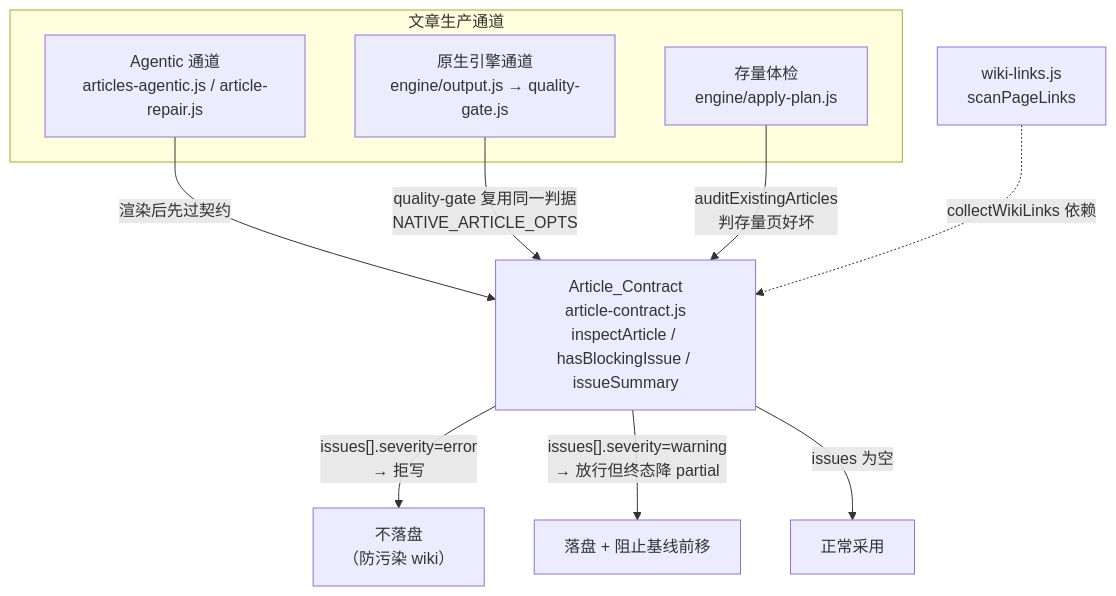
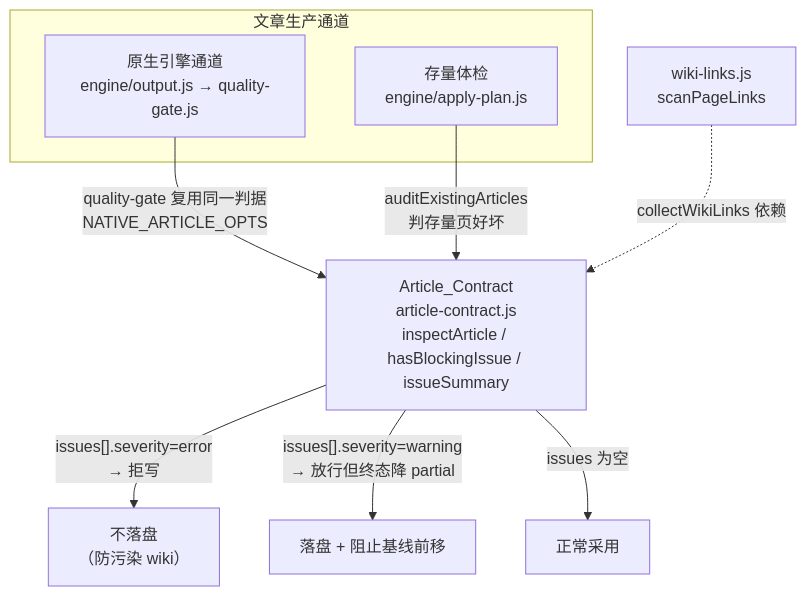
Before and after one commit to ikliml666/dsh-codewiki: the first of 3 diagrams in .codewiki/_techdocs/docs/Article_Contract.md, drawn with Mermaid. The commit also changed other lines of this file and 70 other files, not shown here.

````diff
--- a/.codewiki/_techdocs/docs/Article_Contract.md
+++ b/.codewiki/_techdocs/docs/Article_Contract.md
@@ -28,20 +30,20 @@
 ```mermaid
 flowchart TD
     subgraph Writers["文章生产通道"]
-        A["Agentic 通道<br/>articles-agentic.js / article-repair.js"]
-        B["原生引擎通道<br/>engine/output.js → quality-gate.js"]
+        A["原生引擎通道<br/>engine/output.js → quality-gate.js"]
+        C["存量体检<br/>engine/apply-plan.js"]
         C["存量体检<br/>engine/apply-plan.js"]
     end
 
     AC["Article_Contract<br/>article-contract.js<br/>inspectArticle / hasBlockingIssue / issueSummary"]
 
-    A -->|"渲染后先过契约"| AC
-    B -->|"quality-gate 复用同一判据<br/>NATIVE_ARTICLE_OPTS"| AC
+    A -->|"quality-gate 复用同一判据<br/>NATIVE_ARTICLE_OPTS"| AC
+    %% 旧 agentic 通道边已删除（articles-agentic.js 随旧通道移除）
     C -->|"auditExistingArticles<br/>判存量页好坏"| AC
 
     AC -->|"issues[].severity=error<br/>→ 拒写"| D["不落盘<br/>（防污染 wiki）"]
     AC -->|"issues[].severity=warning<br/>→ 放行但终态降 partial"| E["落盘 + 阻止基线前移"]
     AC -->|"issues 为空"| F["正常采用"]
 
     G["wiki-links.js<br/>scanPageLinks"] -.->|"collectWikiLinks 依赖"| AC
 ```
````
